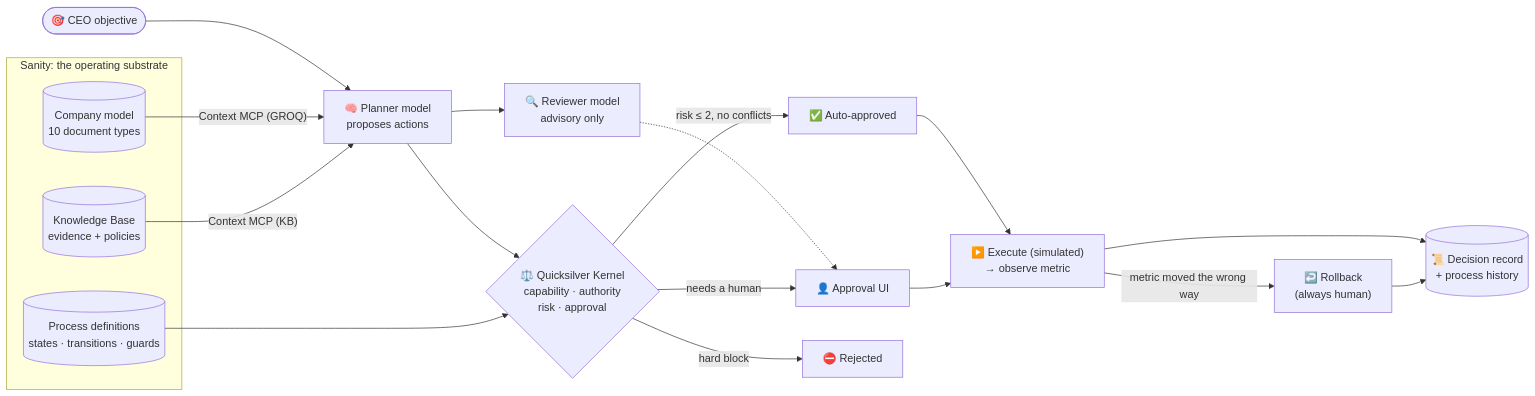
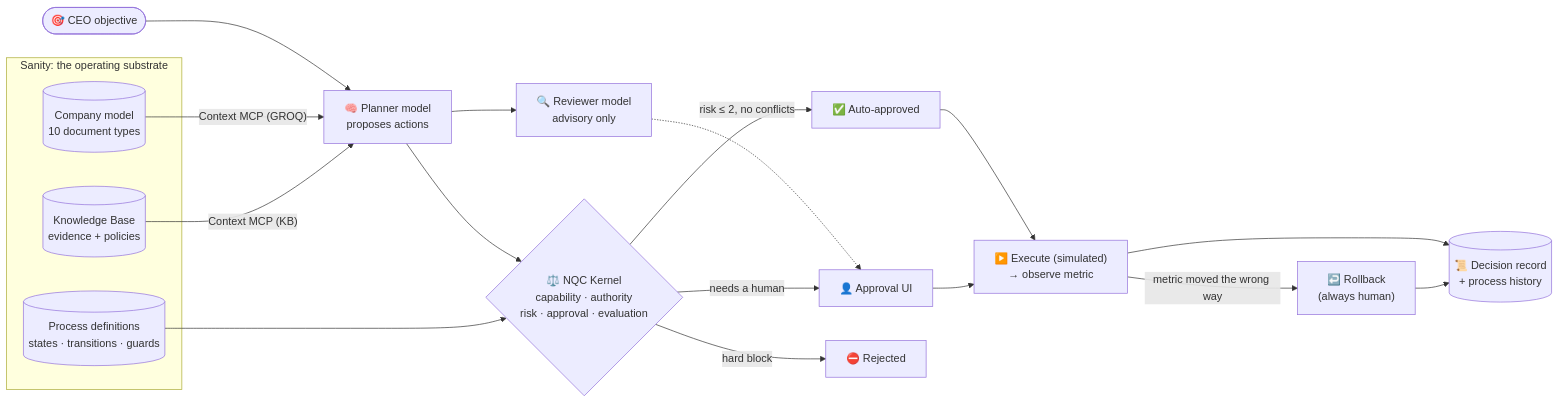
Before and after one commit to nuerainc/project-quicksilver: the first of 2 diagrams in README.md, drawn with Mermaid. The commit also changed other lines of this file and 82 other files, not shown here.

````diff
--- a/README.md
+++ b/README.md
@@ -42,30 +45,30 @@
 ```mermaid
 flowchart LR
     CEO(["🎯 CEO objective"]) --> Agent
 
     subgraph Sanity["Sanity: the operating substrate"]
         Model[("Company model<br/>10 document types")]
         KB[("Knowledge Base<br/>evidence + policies")]
         Proc[("Process definitions<br/>states · transitions · guards")]
     end
 
     Model -- "Context MCP (GROQ)" --> Agent
     KB -- "Context MCP (KB)" --> Agent
 
     Agent["🧠 Planner model<br/>proposes actions"] --> Kernel
     Agent --> Reviewer["🔍 Reviewer model<br/>advisory only"]
     Reviewer -.-> UI
 
-    Kernel{"⚖️ Quicksilver Kernel<br/>capability · authority<br/>risk · approval"}
+    Kernel{"⚖️ NQC Kernel<br/>capability · authority<br/>risk · approval · evaluation"}
     Proc --> Kernel
 
     Kernel -- "risk ≤ 2, no conflicts" --> Auto["✅ Auto-approved"]
     Kernel -- "needs a human" --> UI["👤 Approval UI"]
     Kernel -- "hard block" --> Rej["⛔ Rejected"]
 
     Auto --> Exec["▶️ Execute (simulated)<br/>→ observe metric"]
     UI --> Exec
     Exec -- "metric moved the wrong way" --> RB["↩️ Rollback<br/>(always human)"]
     Exec --> Log[("📜 Decision record<br/>+ process history")]
     RB --> Log
 ```
````
